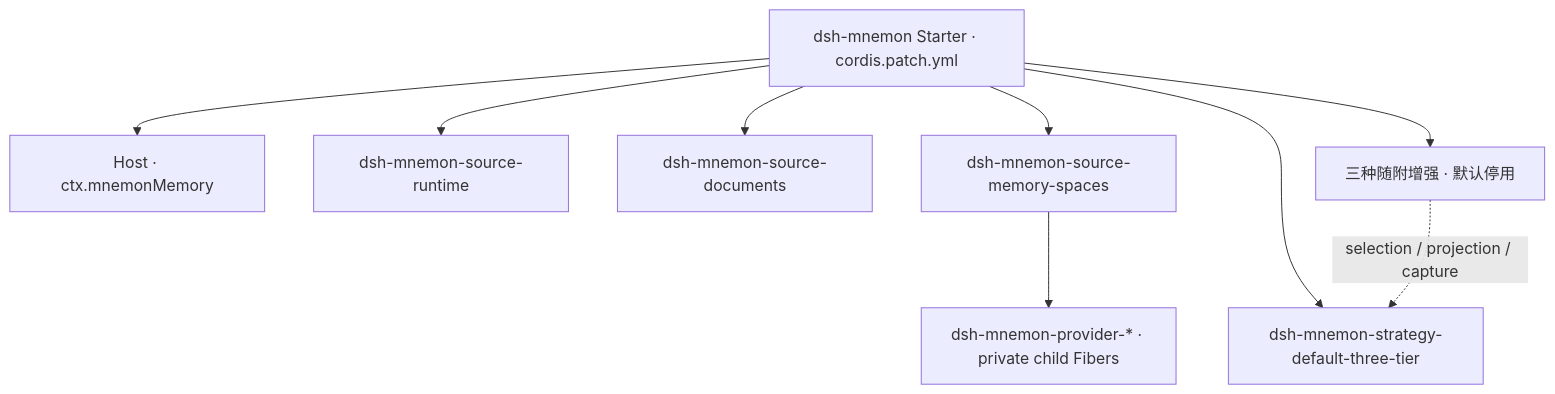
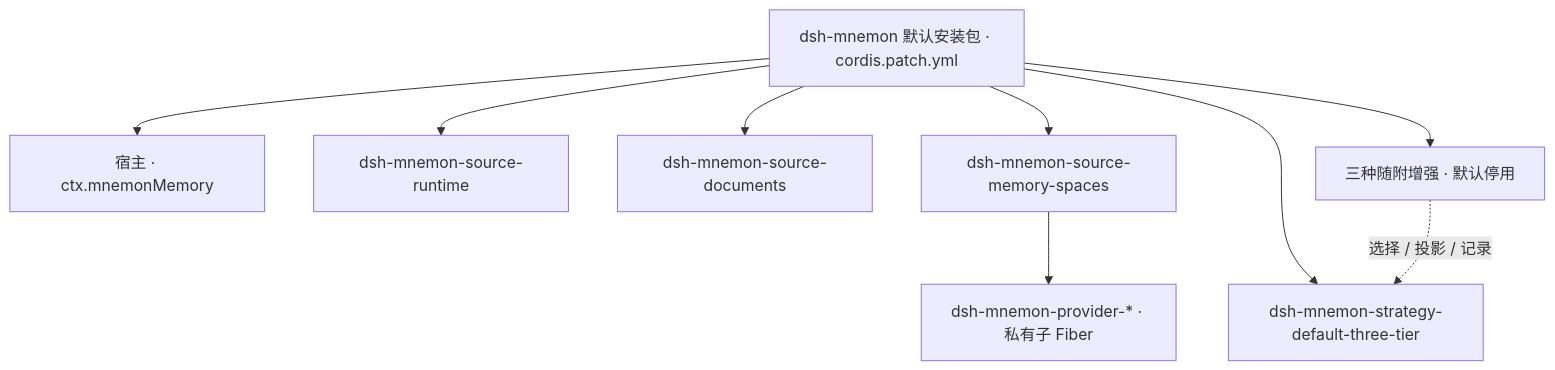
One commit to DerKodex-Repo-Curator/mnemon changed the first of 3 diagrams in dsh/docs/zh-CN/development/architecture.md. Above: the diagram before and after it, drawn with Mermaid. The commit also changed other lines of this file and 9 other files, not shown here.

Commit message:
docs(i18n): localize Chinese diagrams and preserve existing anchors

````diff
--- a/dsh/docs/zh-CN/development/architecture.md
+++ b/dsh/docs/zh-CN/development/architecture.md
@@ -9,11 +11,11 @@
 ```mermaid
 flowchart TB
-  Starter["dsh-mnemon Starter · cordis.patch.yml"] --> Host["Host · ctx.mnemonMemory"]
+  Starter["dsh-mnemon 默认安装包 · cordis.patch.yml"] --> Host["宿主 · ctx.mnemonMemory"]
   Starter --> Runtime["dsh-mnemon-source-runtime"]
   Starter --> Docs["dsh-mnemon-source-documents"]
   Starter --> Spaces["dsh-mnemon-source-memory-spaces"]
   Starter --> Strategy["dsh-mnemon-strategy-default-three-tier"]
   Starter --> Helpers["三种随附增强 · 默认停用"]
-  Helpers -. selection / projection / capture .-> Strategy
-  Spaces --> Providers["dsh-mnemon-provider-* · private child Fibers"]
+  Helpers -. 选择 / 投影 / 记录 .-> Strategy
+  Spaces --> Providers["dsh-mnemon-provider-* · 私有子 Fiber"]
 ```
````
